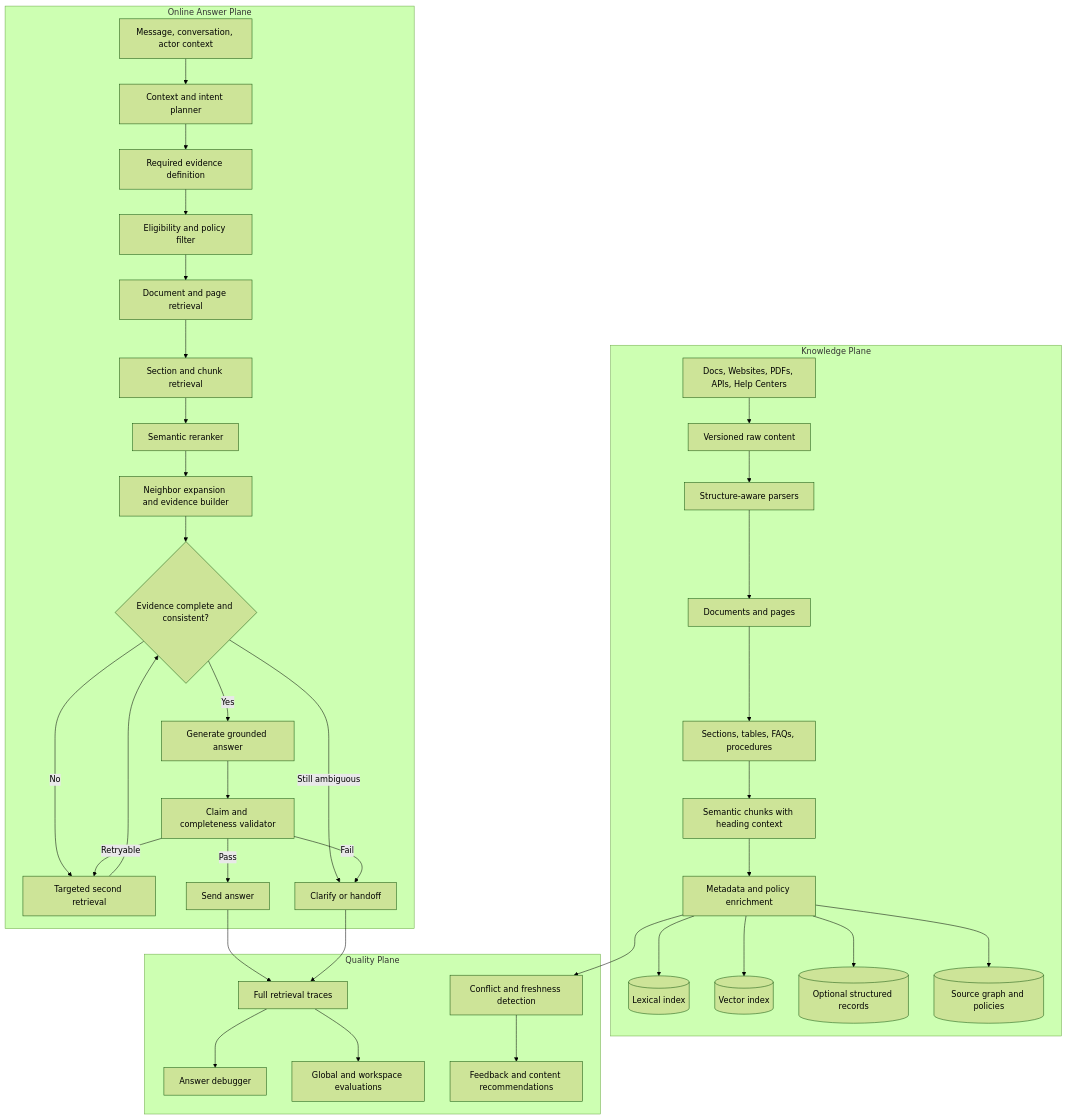
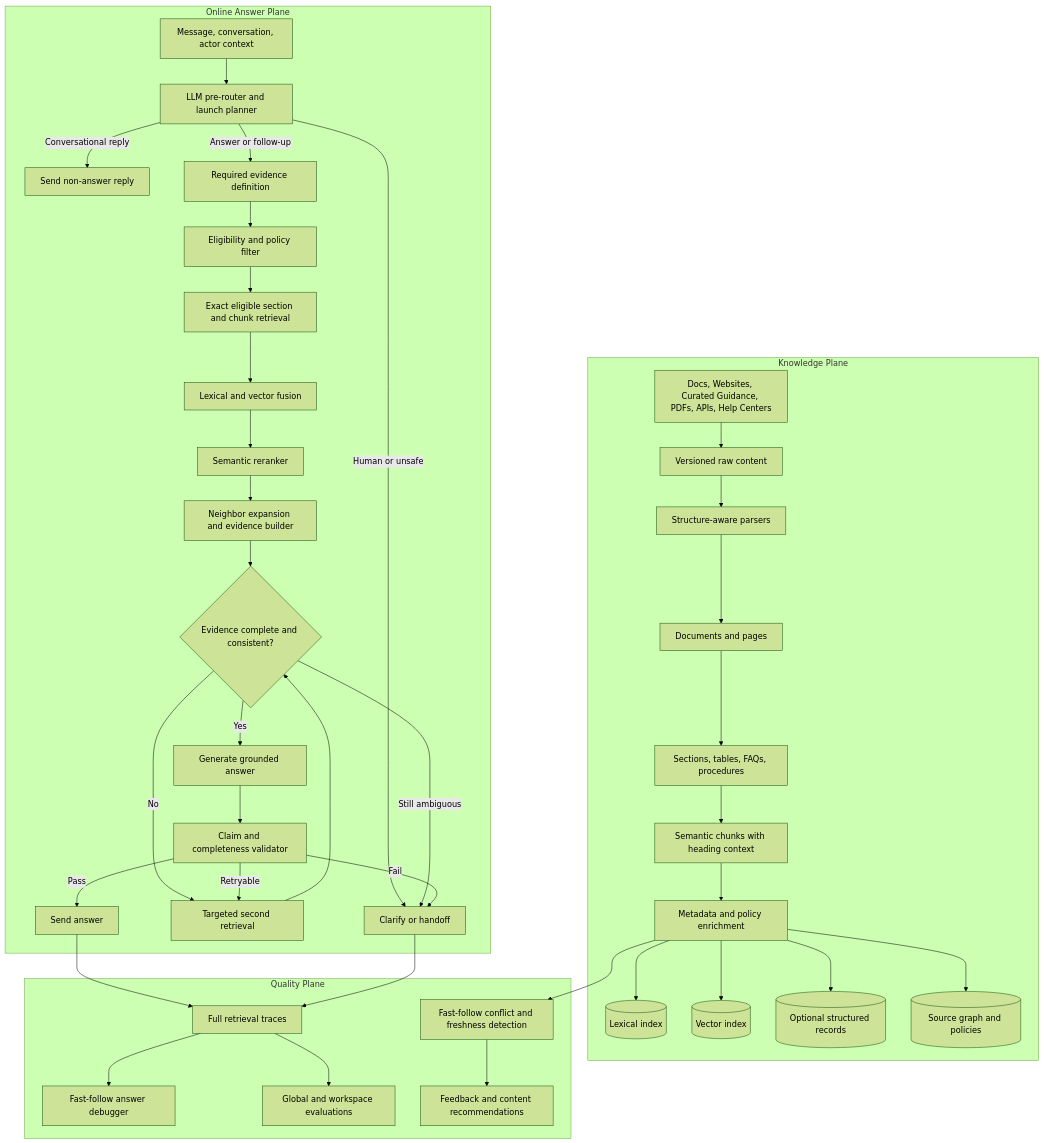
Before and after one commit to helpin-ai/helpin: the second of 2 diagrams in docs/PRD-knowledge-retrieval-platform.md, drawn with Mermaid (forest theme). The commit also changed other lines of this file and 38 other files, not shown here.

````diff
--- a/docs/PRD-knowledge-retrieval-platform.md
+++ b/docs/PRD-knowledge-retrieval-platform.md
@@ -196,49 +200,51 @@
 ```mermaid
 flowchart TD
     subgraph KP[Knowledge Plane]
-        A[Docs, Websites, PDFs, APIs, Help Centers] --> B[Versioned raw content]
+        A[Docs, Websites, Curated Guidance, PDFs, APIs, Help Centers] --> B[Versioned raw content]
         B --> C[Structure-aware parsers]
         C --> D[Documents and pages]
         D --> E[Sections, tables, FAQs, procedures]
         E --> F[Semantic chunks with heading context]
         F --> G[Metadata and policy enrichment]
         G --> H[(Lexical index)]
         G --> I[(Vector index)]
         G --> J[(Optional structured records)]
         G --> K[(Source graph and policies)]
     end
 
     subgraph AP[Online Answer Plane]
-        L[Message, conversation, actor context] --> M[Context and intent planner]
-        M --> N[Required evidence definition]
+        L[Message, conversation, actor context] --> M[LLM pre-router and launch planner]
+        M -->|Conversational reply| CR[Send non-answer reply]
+        M -->|Human or unsafe| V[Clarify or handoff]
+        M -->|Answer or follow-up| N[Required evidence definition]
         N --> O[Eligibility and policy filter]
-        O --> P[Document and page retrieval]
-        P --> Q[Section and chunk retrieval]
+        O --> P[Exact eligible section and chunk retrieval]
+        P --> Q[Lexical and vector fusion]
         Q --> R[Semantic reranker]
         R --> S[Neighbor expansion and evidence builder]
         S --> T{Evidence complete and consistent?}
         T -->|No| U[Targeted second retrieval]
         U --> T
-        T -->|Still ambiguous| V[Clarify or handoff]
+        T -->|Still ambiguous| V
         T -->|Yes| W[Generate grounded answer]
         W --> X[Claim and completeness validator]
         X -->|Pass| Y[Send answer]
         X -->|Retryable| U
         X -->|Fail| V
     end
 
     subgraph QP[Quality Plane]
         Z[Full retrieval traces]
-        AA[Answer debugger]
+        AA[Fast-follow answer debugger]
         AB[Global and workspace evaluations]
-        AC[Conflict and freshness detection]
+        AC[Fast-follow conflict and freshness detection]
         AD[Feedback and content recommendations]
     end
 
     Y --> Z
     V --> Z
     Z --> AA
     Z --> AB
     G --> AC
     AC --> AD
 ```
````
